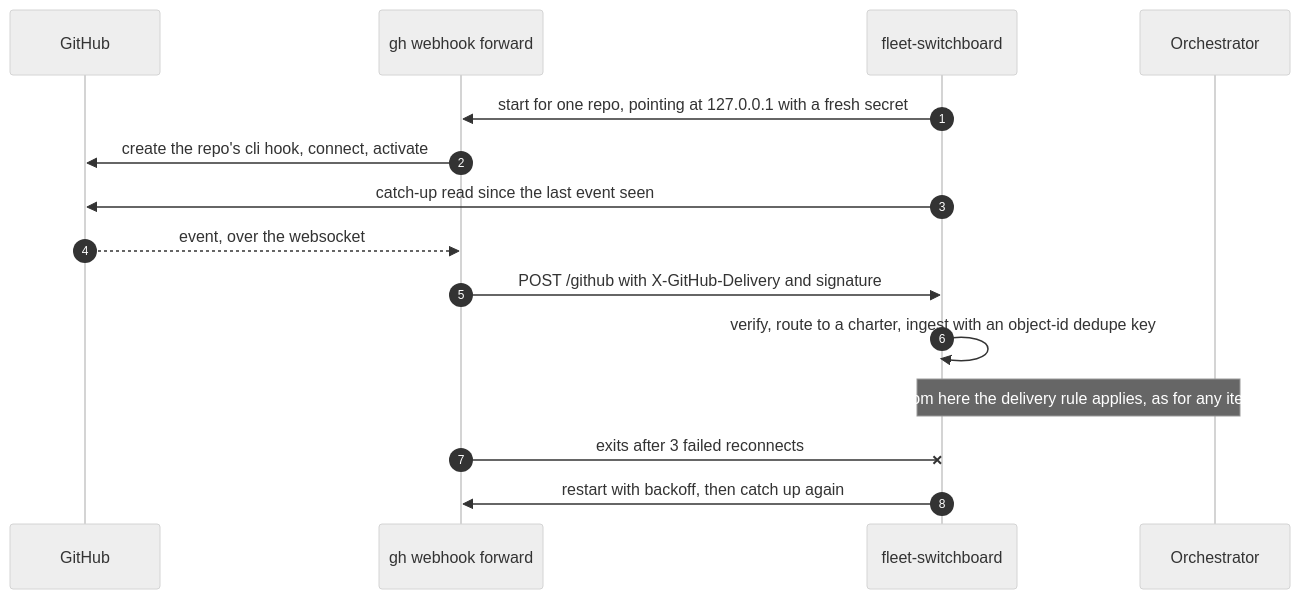
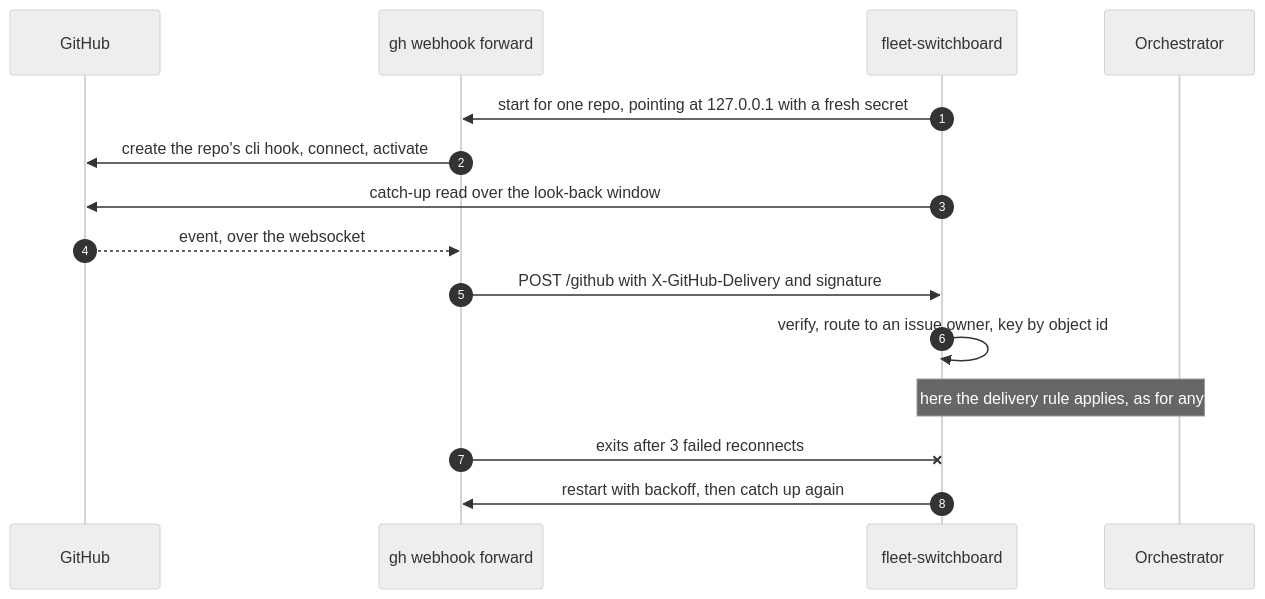
Before and after one commit to adamkaplan/fleet-kit: the sixth of 11 diagrams in docs/switchboard.md, drawn with Mermaid (neutral theme). The commit also changed other lines of this file, not shown here.

````diff
--- a/docs/switchboard.md
+++ b/docs/switchboard.md
@@ -345,17 +372,17 @@
 ```mermaid
 sequenceDiagram
   autonumber
   participant GH as GitHub
   participant F as gh webhook forward
   participant SB as fleet-switchboard
   participant O as Orchestrator
   SB->>F: start for one repo, pointing at 127.0.0.1 with a fresh secret
   F->>GH: create the repo's cli hook, connect, activate
-  SB->>GH: catch-up read since the last event seen
+  SB->>GH: catch-up read over the look-back window
   GH-->>F: event, over the websocket
   F->>SB: POST /github with X-GitHub-Delivery and signature
-  SB->>SB: verify, route to a charter, ingest with an object-id dedupe key
+  SB->>SB: verify, route to an issue owner, key by object id
   Note over SB,O: from here the delivery rule applies, as for any item
   F-xSB: exits after 3 failed reconnects
   SB->>F: restart with backoff, then catch up again
 ```
````
